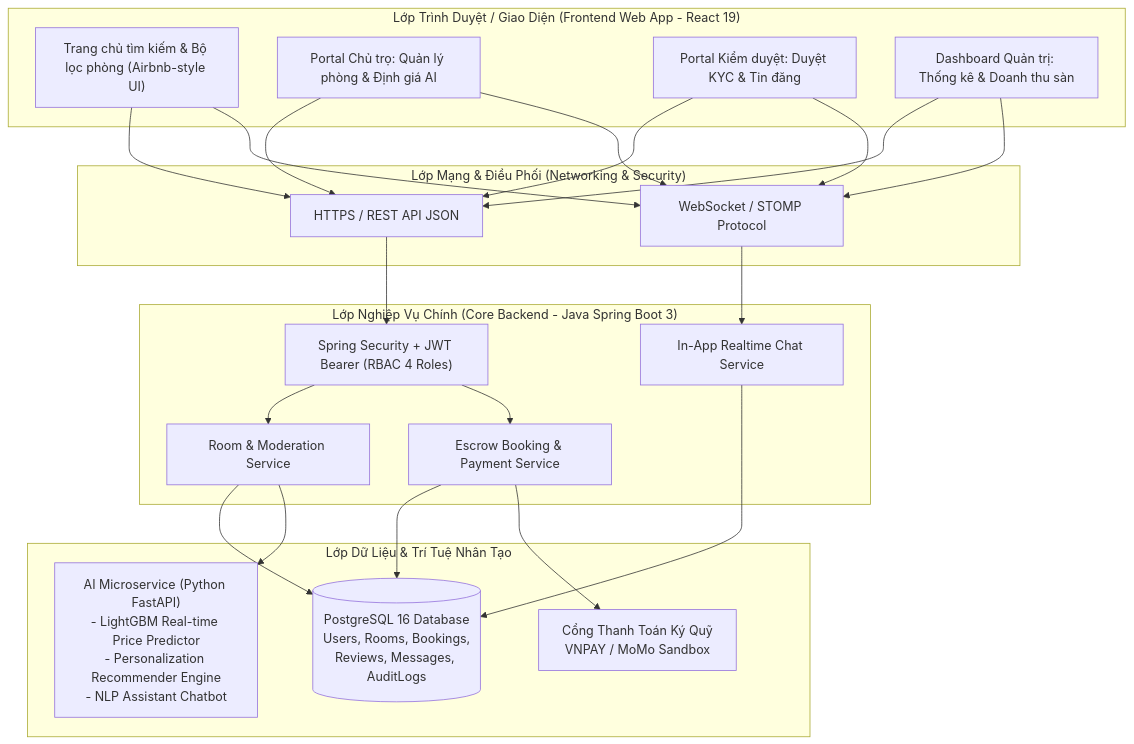
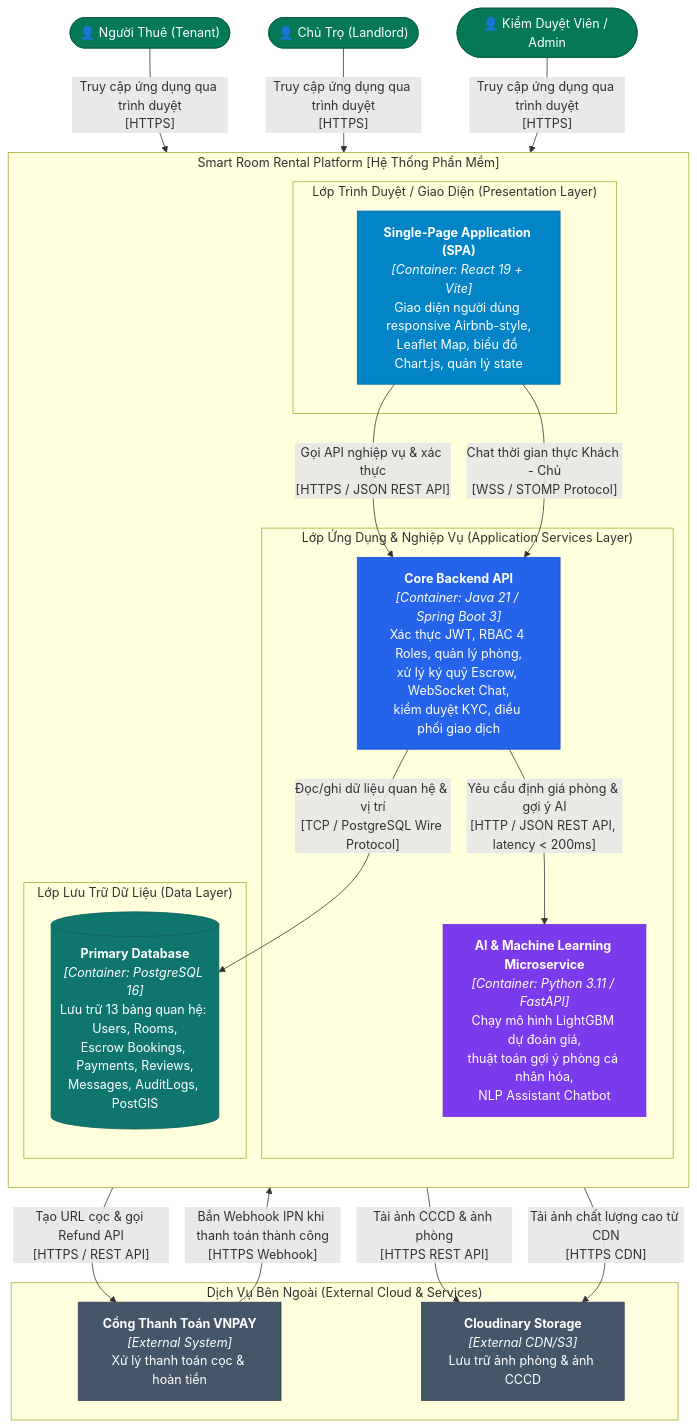
The fourth of 13 diagrams in README.md (nhatgudboi/Room-rental-platform), drawn with Mermaid before and after one commit. The commit also changed other lines of this file, not shown here.

````diff
--- a/README.md
+++ b/README.md
@@ -61,36 +348,60 @@
 ```mermaid
-graph TB
-    subgraph ClientLayer["Lớp Trình Duyệt / Giao Diện (Frontend Web App - React 19)"]
-        UI_Home["Trang chủ tìm kiếm & Bộ lọc phòng (Airbnb-style UI)"]
-        UI_Landlord["Portal Chủ trọ: Quản lý phòng & Định giá AI"]
-        UI_Mod["Portal Kiểm duyệt: Duyệt KYC & Tin đăng"]
-        UI_Admin["Dashboard Quản trị: Thống kê & Doanh thu sàn"]
+flowchart TB
+    tenantUser(["👤 Người Thuê (Tenant)"])
+    landlordUser(["👤 Chủ Trọ (Landlord)"])
+    modUser(["👤 Kiểm Duyệt Viên / Admin"])
+
+    subgraph platform["Smart Room Rental Platform [Hệ Thống Phần Mềm]"]
+        direction TB
+
+        subgraph frontend["Lớp Trình Duyệt / Giao Diện (Presentation Layer)"]
+            spa["<b>Single-Page Application (SPA)</b><br/><i>[Container: React 19 + Vite]</i><br/>Giao diện người dùng responsive Airbnb-style,<br/>Leaflet Map, biểu đồ Chart.js, quản lý state"]
+        end
+
+        subgraph backendLayer["Lớp Ứng Dụng & Nghiệp Vụ (Application Services Layer)"]
+            apiGateway["<b>Core Backend API</b><br/><i>[Container: Java 21 / Spring Boot 3]</i><br/>Xác thực JWT, RBAC 4 Roles, quản lý phòng,<br/>xử lý ký quỹ Escrow, WebSocket Chat,<br/>kiểm duyệt KYC, điều phối giao dịch"]
+            
+            aiService["<b>AI & Machine Learning Microservice</b><br/><i>[Container: Python 3.11 / FastAPI]</i><br/>Chạy mô hình LightGBM dự đoán giá,<br/>thuật toán gợi ý phòng cá nhân hóa,<br/>NLP Assistant Chatbot"]
+        end
+
+        subgraph dataLayer["Lớp Lưu Trữ Dữ Liệu (Data Layer)"]
+            database[("<b>Primary Database</b><br/><i>[Container: PostgreSQL 16]</i><br/>Lưu trữ 13 bảng quan hệ: Users, Rooms,<br/>Escrow Bookings, Payments, Reviews,<br/>Messages, AuditLogs, PostGIS")]
+        end
     end
 
-    subgraph GatewayLayer["Lớp Mạng & Điều Phối (Networking & Security)"]
-        HTTPS_REST["HTTPS / REST API JSON"]
-        WS_STOMP["WebSocket / STOMP Protocol"]
+    subgraph externalServices["Dịch Vụ Bên Ngoài (External Cloud & Services)"]
+        vnpayExt["<b>Cổng Thanh Toán VNPAY</b><br/><i>[External System]</i><br/>Xử lý thanh toán cọc & hoàn tiền"]
+        cloudExt["<b>Cloudinary Storage</b><br/><i>[External CDN/S3]</i><br/>Lưu trữ ảnh phòng & ảnh CCCD"]
     end
 
-    subgraph CoreBackend["Lớp Nghiệp Vụ Chính (Core Backend - Java Spring Boot 3)"]
-        SecModule["Spring Security + JWT Bearer (RBAC 4 Roles)"]
-        RoomService["Room & Moderation Service"]
-        BookingService["Escrow Booking & Payment Service"]
-        ChatService["In-App Realtime Chat Service"]
-    end
+    %% Tương tác người dùng với SPA
+    tenantUser & landlordUser & modUser -- "Truy cập ứng dụng qua trình duyệt<br/>[HTTPS]" --> spa
 
-    subgraph DataAndAI["Lớp Dữ Liệu & Trí Tuệ Nhân Tạo"]
-        PostgresDB[("PostgreSQL 16 Database<br/>Users, Rooms, Bookings,<br/>Reviews, Messages, AuditLogs")]
-        FastAPIService["AI Microservice (Python FastAPI)<br/>- LightGBM Real-time Price Predictor<br/>- Personalization Recommender Engine<br/>- NLP Assistant Chatbot"]
-        VNPAYGateway["Cổng Thanh Toán Ký Quỹ<br/>VNPAY / MoMo Sandbox"]
-    end
+    %% SPA giao tiếp với Backend
+    spa -- "Gọi API nghiệp vụ & xác thực<br/>[HTTPS / JSON REST API]" --> apiGateway
+    spa -- "Chat thời gian thực Khách - Chủ<br/>[WSS / STOMP Protocol]" --> apiGateway
 
-    UI_Home & UI_Landlord & UI_Mod & UI_Admin --> HTTPS_REST & WS_STOMP
-    HTTPS_REST --> SecModule
-    SecModule --> RoomService & BookingService
-    WS_STOMP --> ChatService
+    %% Backend giao tiếp nội bộ
+    apiGateway -- "Yêu cầu định giá phòng & gợi ý AI<br/>[HTTP / JSON REST API, latency < 200ms]" --> aiService
+    apiGateway -- "Đọc/ghi dữ liệu quan hệ & vị trí<br/>[TCP / PostgreSQL Wire Protocol]" --> database
 
-    RoomService & BookingService & ChatService --> PostgresDB
-    RoomService --> FastAPIService
-    BookingService --> VNPAYGateway
+    %% Tích hợp bên ngoài
+    apiGateway -- "Tạo URL cọc & gọi Refund API<br/>[HTTPS / REST API]" --> vnpayExt
+    vnpayExt -- "Bắn Webhook IPN khi thanh toán thành công<br/>[HTTPS Webhook]" --> apiGateway
+    apiGateway -- "Tải ảnh CCCD & ảnh phòng<br/>[HTTPS REST API]" --> cloudExt
+    spa -- "Tải ảnh chất lượng cao từ CDN<br/>[HTTPS CDN]" --> cloudExt
+
+    classDef userStyle fill:#047857,stroke:#065f46,color:#fff;
+    classDef spaStyle fill:#0284c7,stroke:#0369a1,color:#fff;
+    classDef apiStyle fill:#2563eb,stroke:#1d4ed8,color:#fff;
+    classDef aiStyle fill:#7c3aed,stroke:#6d28d9,color:#fff;
+    classDef dbStyle fill:#0f766e,stroke:#115e59,color:#fff;
+    classDef extStyle fill:#475569,stroke:#334155,color:#fff;
+
+    class tenantUser,landlordUser,modUser userStyle;
+    class spa spaStyle;
+    class apiGateway apiStyle;
+    class aiService aiStyle;
+    class database dbStyle;
+    class vnpayExt,cloudExt extStyle;
 ```
````
